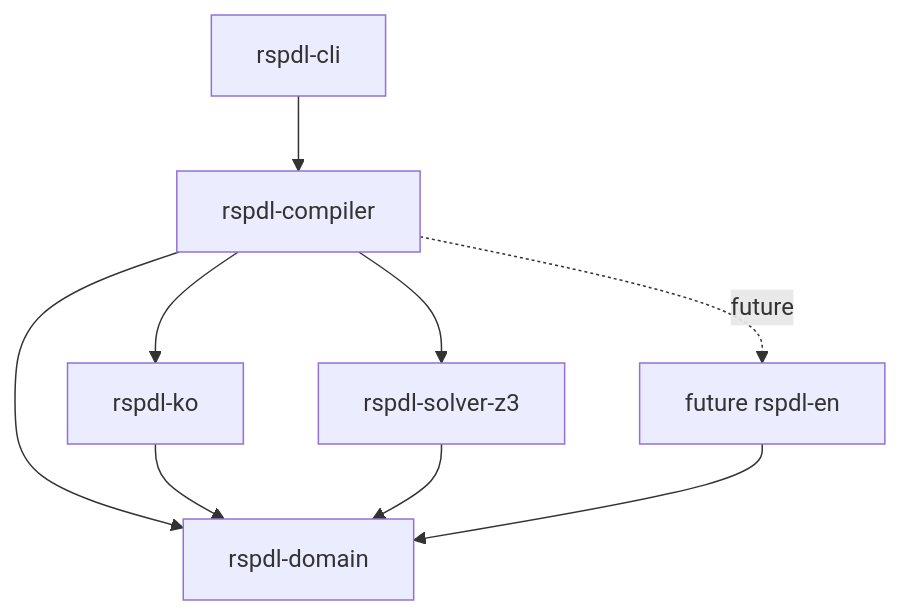
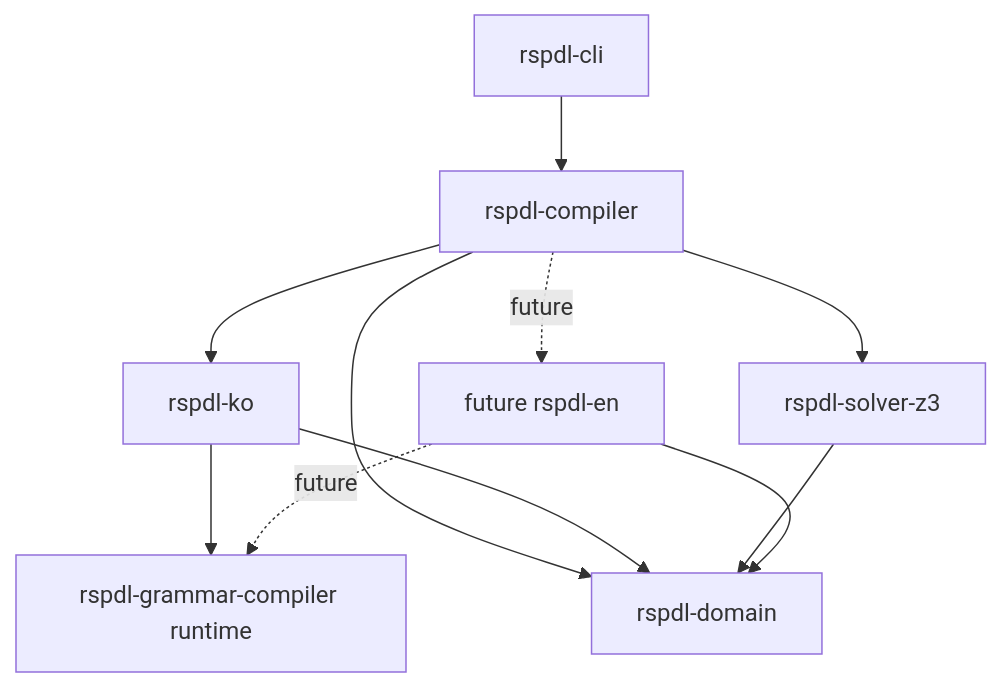
One commit to rspdl/rspdl-core changed the first of 3 diagrams in docs/architecture.md. Above: the diagram before and after it, drawn with Mermaid. The commit also changed other lines of this file and 6 other files, not shown here.

````diff
--- a/docs/architecture.md
+++ b/docs/architecture.md
@@ -105,11 +110,13 @@
 ```mermaid
 flowchart TD
     CLI["rspdl-cli"] --> COMPILER["rspdl-compiler"]
     COMPILER --> KO["rspdl-ko"]
     COMPILER --> DOMAIN["rspdl-domain"]
     COMPILER --> Z3["rspdl-solver-z3"]
+    KO --> GRAMMAR["rspdl-grammar-compiler runtime"]
     KO --> DOMAIN
     Z3 --> DOMAIN
     EN["future rspdl-en"] --> DOMAIN
+    EN -. "future" .-> GRAMMAR
     COMPILER -. "future" .-> EN
 ```
````
